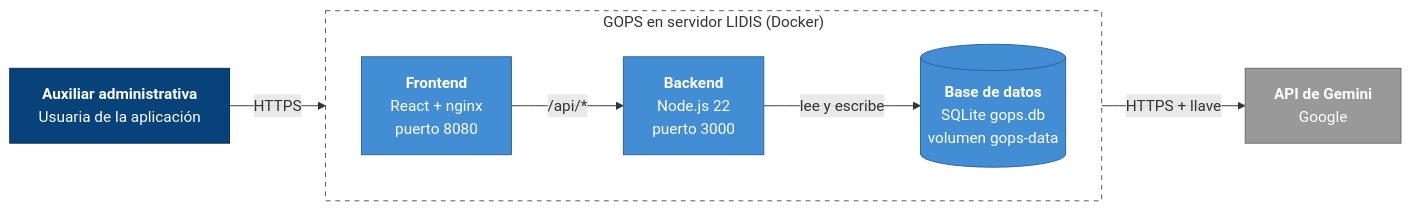
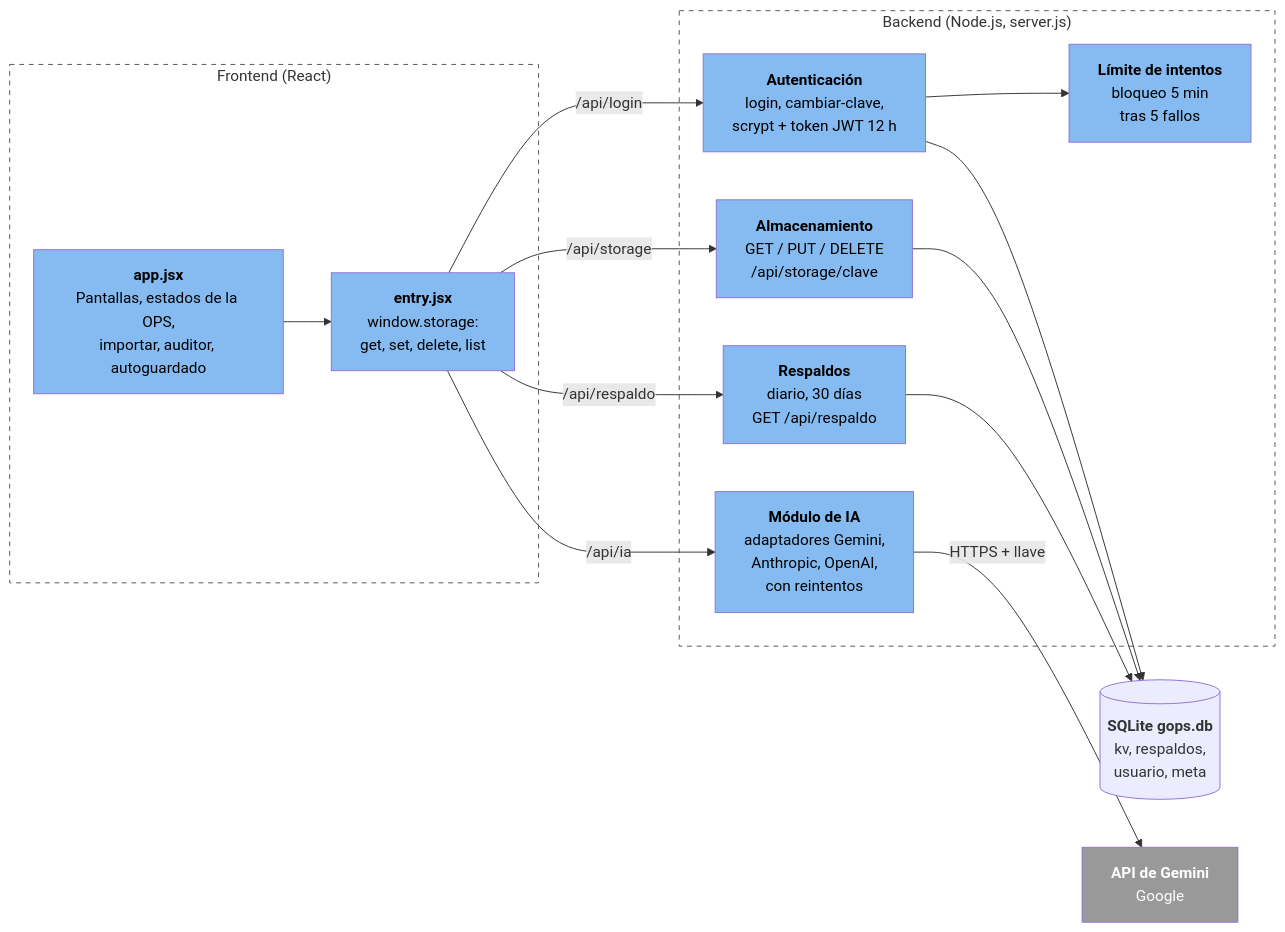
The first of 2 diagrams in docs/arquitectura.md (Caro-0519/gops-servidor2), drawn with Mermaid before and after one commit. The commit also changed other lines of this file, not shown here.

````diff
--- a/docs/arquitectura.md
+++ b/docs/arquitectura.md
@@ -23,21 +3,36 @@
 ```mermaid
 flowchart LR
-    U["<b>Auxiliar administrativa</b><br/>Usuaria de la aplicación"]
-    subgraph LIDIS["GOPS en servidor LIDIS (Docker)"]
-        direction LR
-        F["<b>Frontend</b><br/>React + nginx<br/>puerto 8080"]
-        B["<b>Backend</b><br/>Node.js 22<br/>puerto 3000"]
-        DB[("<b>Base de datos</b><br/>SQLite gops.db<br/>volumen gops-data")]
+    subgraph FRONT["Frontend (React)"]
+        APP["<b>app.jsx</b><br/>Pantallas, estados de la OPS,<br/>importar, auditor, autoguardado"]
+        ENT["<b>entry.jsx</b><br/>window.storage:<br/>get, set, delete, list"]
     end
-    IA["<b>API de Gemini</b><br/>Google"]
-    U -->|"HTTPS"| F
-    F -->|"/api/*"| B
-    B -->|"lee y escribe"| DB
-    B -->|"HTTPS + llave"| IA
-    style U fill:#08427b,color:#fff,stroke:#052e56
-    style F fill:#438dd5,color:#fff,stroke:#2e6295
-    style B fill:#438dd5,color:#fff,stroke:#2e6295
-    style DB fill:#438dd5,color:#fff,stroke:#2e6295
-    style IA fill:#999,color:#fff,stroke:#6b6b6b
-    style LIDIS fill:#fff,stroke:#555,stroke-dasharray:5 5
+    subgraph BACK["Backend (Node.js, server.js)"]
+        AUT["<b>Autenticación</b><br/>login, cambiar-clave,<br/>scrypt + token JWT 12 h"]
+        LIM["<b>Límite de intentos</b><br/>bloqueo 5 min<br/>tras 5 fallos"]
+        STO["<b>Almacenamiento</b><br/>GET / PUT / DELETE<br/>/api/storage/clave"]
+        RES["<b>Respaldos</b><br/>diario, 30 días<br/>GET /api/respaldo"]
+        IAC["<b>Módulo de IA</b><br/>adaptadores Gemini,<br/>Anthropic, OpenAI,<br/>con reintentos"]
+    end
+    DB[("<b>SQLite gops.db</b><br/>kv, respaldos,<br/>usuario, meta")]
+    GEM["<b>API de Gemini</b><br/>Google"]
+    APP --> ENT
+    ENT -->|"/api/login"| AUT
+    ENT -->|"/api/storage"| STO
+    AUT --> LIM
+    AUT --> DB
+    STO --> DB
+    RES --> DB
+    ENT -->|"/api/respaldo"| RES
+    ENT -->|"/api/ia"| IAC
+    IAC -->|"HTTPS + llave"| GEM
+    style FRONT fill:#fff,stroke:#555,stroke-dasharray:5 5
+    style BACK fill:#fff,stroke:#555,stroke-dasharray:5 5
+    style APP fill:#85bbf0,color:#000
+    style ENT fill:#85bbf0,color:#000
+    style AUT fill:#85bbf0,color:#000
+    style LIM fill:#85bbf0,color:#000
+    style STO fill:#85bbf0,color:#000
+    style RES fill:#85bbf0,color:#000
+    style IAC fill:#85bbf0,color:#000
+    style GEM fill:#999,color:#fff
 ```
````
